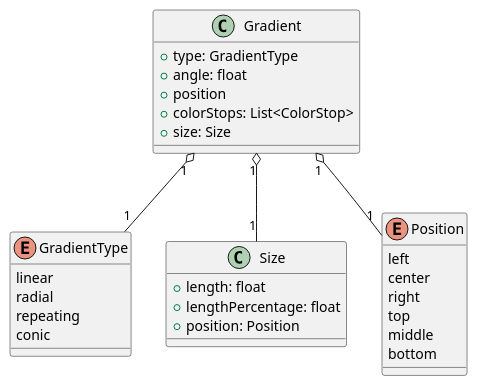
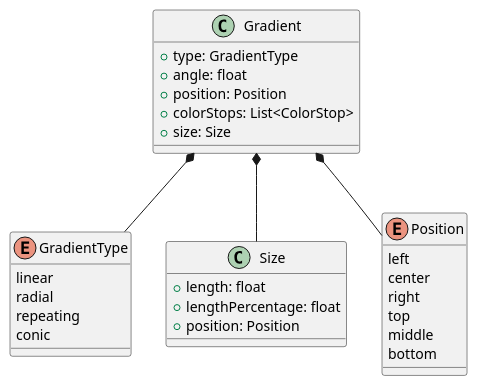
Before and after one commit to opengeospatial/styles-and-symbology: the fourth of 11 diagrams in core/sections/clause_8_vector.adoc, drawn with PlantUML. The commit also changed 3 other files, not shown here.

Commit message:
minor corrections to uml diagrams

```diff
--- a/core/sections/clause_8_vector.adoc
+++ b/core/sections/clause_8_vector.adoc
@@ -112,37 +112,37 @@
 [plantuml, target=diagram-classes, format=png]
 ....
 class Gradient {
   + type: GradientType
   + angle: float
-  + position
+  + position: Position
   + colorStops: List<ColorStop>
   + size: Size
 }
 
 enum GradientType {
   linear
   radial
   repeating
   conic
 }
 
 class Size {
   + length: float
   + lengthPercentage: float
   + position: Position
 }
 
 enum Position {
   left
   center
   right
   top
   middle
   bottom
 }
 
-Gradient "1" o-- "1" GradientType
-Gradient "1" o-- "1" Size
+Gradient *-- GradientType
+Gradient *-- Size
 
-Gradient "1" o-- "1" Position
+Gradient *-- Position
 ....
```
